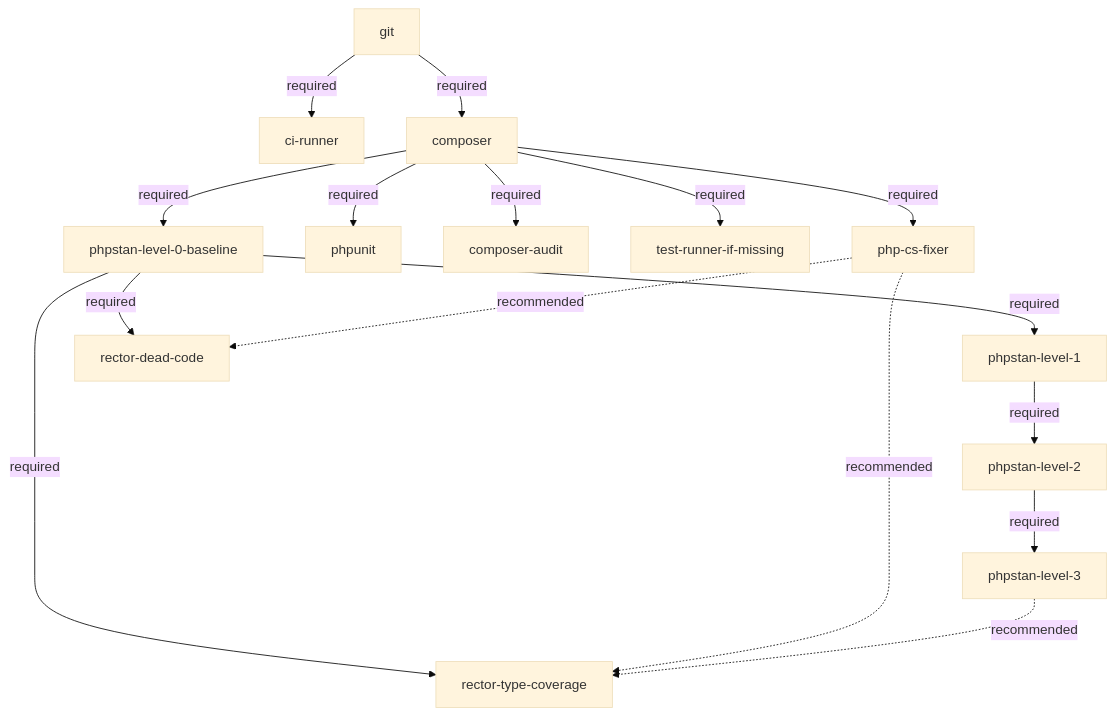
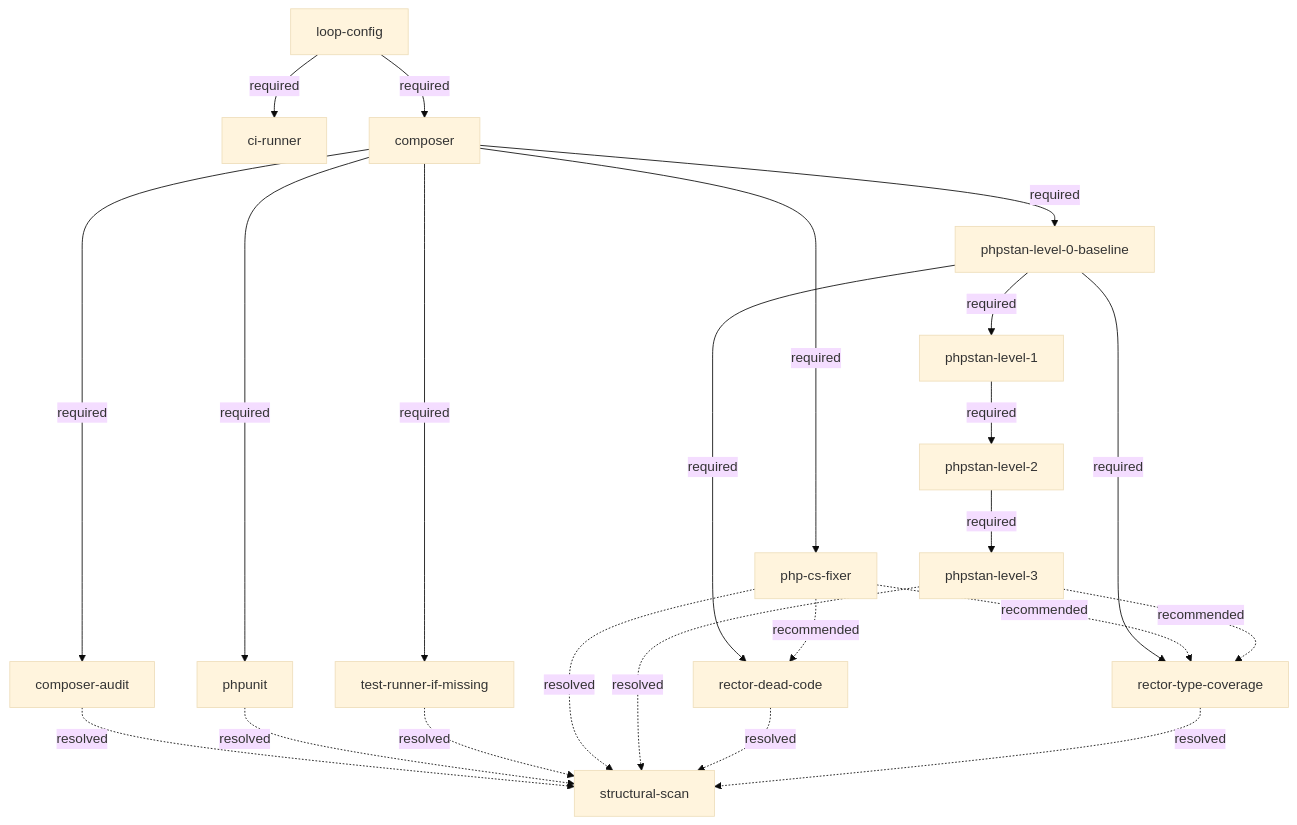
The diagram in docs/php-tooling-tree.md (Art4/continuous-refactoring), drawn with Mermaid (base theme) before and after one commit. The commit also changed other lines of this file and 16 other files, not shown here.

````diff
--- a/docs/php-tooling-tree.md
+++ b/docs/php-tooling-tree.md
@@ -7,32 +7,40 @@
 ```mermaid
 graph TD
-    git[git]
+    lc[loop-config]
     ci[ci-runner]
     comp[composer]
     cs[php-cs-fixer]
     unit[phpunit]
     audit[composer-audit]
     tr[test-runner-if-missing]
     p0[phpstan-level-0-baseline]
     p1[phpstan-level-1]
     p2[phpstan-level-2]
     p3[phpstan-level-3]
     rdc[rector-dead-code]
     rtc[rector-type-coverage]
+    ss[structural-scan]
 
-    git -->|required| comp
-    git -->|required| ci
+    lc -->|required| comp
+    lc -->|required| ci
     comp -->|required| cs
     comp -->|required| unit
     comp -->|required| tr
     comp -->|required| audit
     comp -->|required| p0
     p0 -->|required| p1
     p1 -->|required| p2
     p2 -->|required| p3
     p0 -->|required| rdc
     p0 -->|required| rtc
     cs -.->|recommended| rdc
     cs -.->|recommended| rtc
     p3 -.->|recommended| rtc
+    audit -.->|resolved| ss
+    unit -.->|resolved| ss
+    tr -.->|resolved| ss
+    cs -.->|resolved| ss
+    p3 -.->|resolved| ss
+    rdc -.->|resolved| ss
+    rtc -.->|resolved| ss
 ```
````
